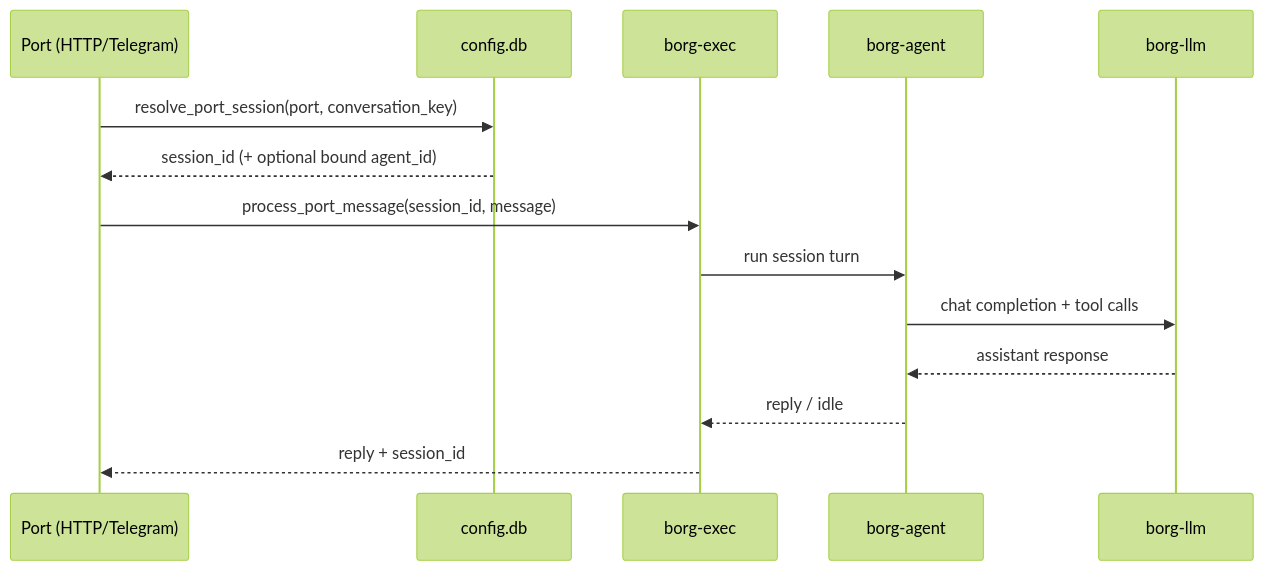
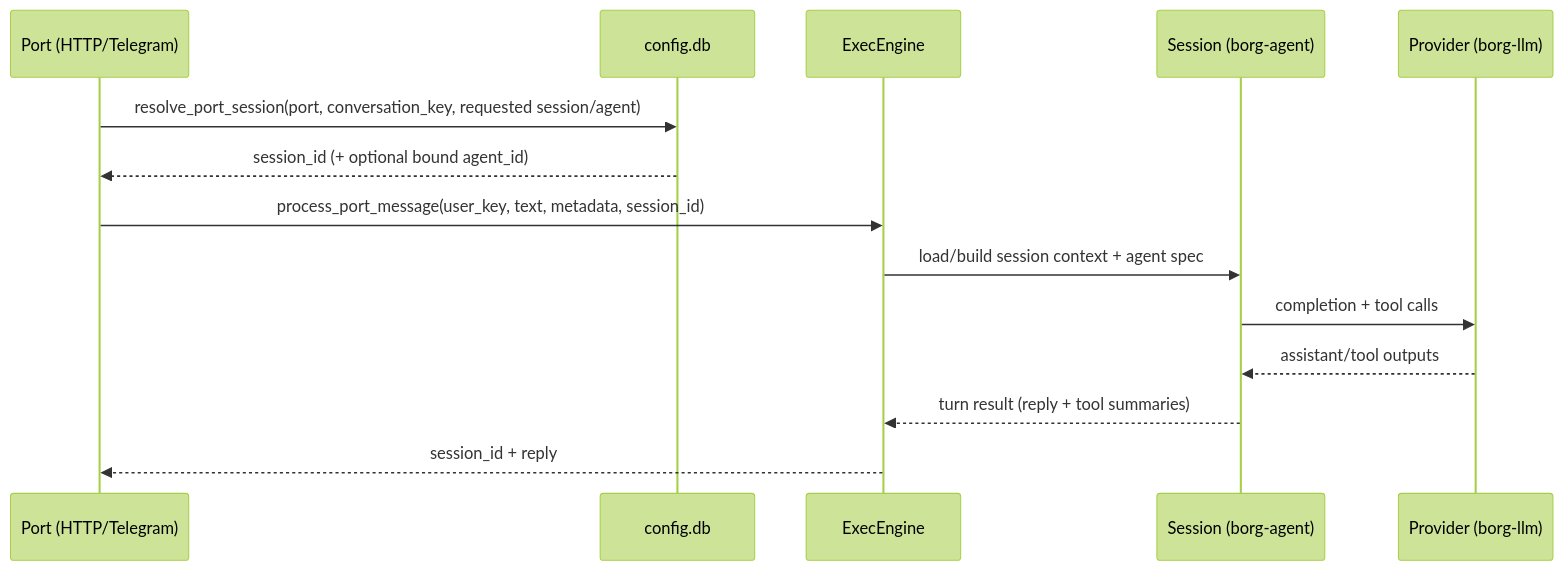
One commit to leostera/agents changed the second of 5 diagrams in ARCHITECTURE.md. Above: the diagram before and after it, drawn with Mermaid (forest theme). The commit also changed other lines of this file and 7 other files, not shown here.

Commit message:
chore: checkpoint pending backend and schema updates

````diff
--- a/ARCHITECTURE.md
+++ b/ARCHITECTURE.md
@@ -64,17 +59,17 @@
 ```mermaid
 sequenceDiagram
   participant P as Port (HTTP/Telegram)
   participant DB as config.db
-  participant X as borg-exec
-  participant A as borg-agent
-  participant L as borg-llm
+  participant X as ExecEngine
+  participant S as Session (borg-agent)
+  participant L as Provider (borg-llm)
 
-  P->>DB: resolve_port_session(port, conversation_key)
+  P->>DB: resolve_port_session(port, conversation_key, requested session/agent)
   DB-->>P: session_id (+ optional bound agent_id)
-  P->>X: process_port_message(session_id, message)
-  X->>A: run session turn
-  A->>L: chat completion + tool calls
-  L-->>A: assistant response
-  A-->>X: reply / idle
-  X-->>P: reply + session_id
+  P->>X: process_port_message(user_key, text, metadata, session_id)
+  X->>S: load/build session context + agent spec
+  S->>L: completion + tool calls
+  L-->>S: assistant/tool outputs
+  S-->>X: turn result (reply + tool summaries)
+  X-->>P: session_id + reply
 ```
````
